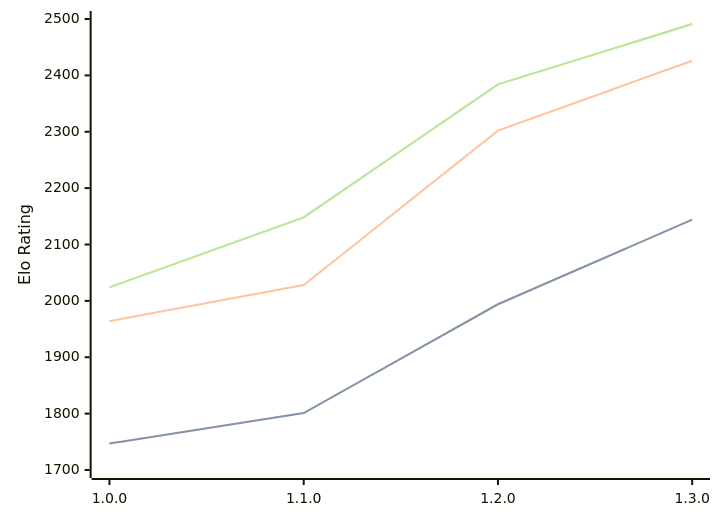
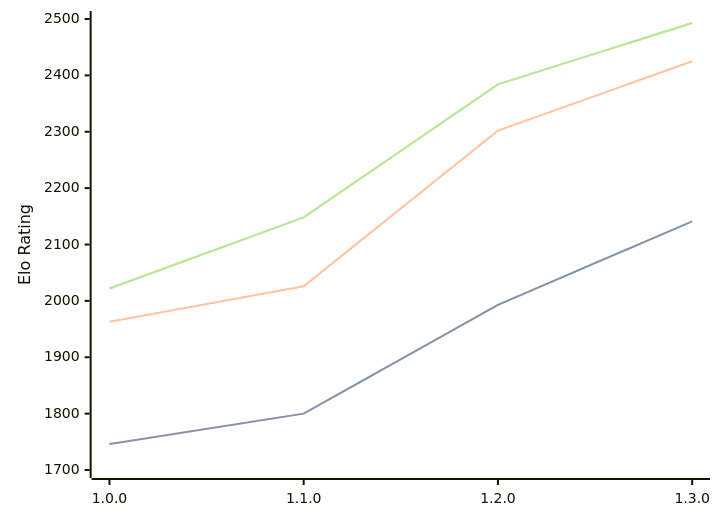
The diagram in engines/Anodos.md (computer-chess-index/cci), drawn with Mermaid before and after one commit. The commit also changed other lines of this file, not shown here.

Commit message:
Update CCI Ratings (ELO VLTC) - 2026-05-22

````diff
--- a/engines/Anodos.md
+++ b/engines/Anodos.md
@@ -45,11 +45,11 @@
 ```mermaid
 %%{init: {"theme":"base","themeVariables":{"seriesColors:['#a3a3a3','#222221','#faa371']}}}%%
 xychart-beta
   x-axis ["1.0.0", "1.1.0", "1.2.0", "1.3.0"]
   y-axis "Elo Rating" 1700 --> 2500
-  line "STC (8.0+0.08s)" [1747, 1801, 1994, 2144]
-  line "STC (8.0+0.08s)" [1747, 1801, 1994, 2144]
-  line "LTC (60.0+0.60s)" [1964, 2028, 2302, 2426]
-  line "VLTC (2m24s+1.12s)" [2024, 2148, 2384, 2491]
-  line "VLTC (2m24s+1.12s)" [2024, 2148, 2384, 2491]
+  line "STC (8.0+0.08s)" [1746, 1800, 1993, 2141]
+  line "STC (8.0+0.08s)" [1746, 1800, 1993, 2141]
+  line "LTC (60.0+0.60s)" [1963, 2026, 2302, 2425]
+  line "VLTC (2m24s+1.12s)" [2022, 2148, 2384, 2493]
+  line "VLTC (2m24s+1.12s)" [2022, 2148, 2384, 2493]
 ```
````
